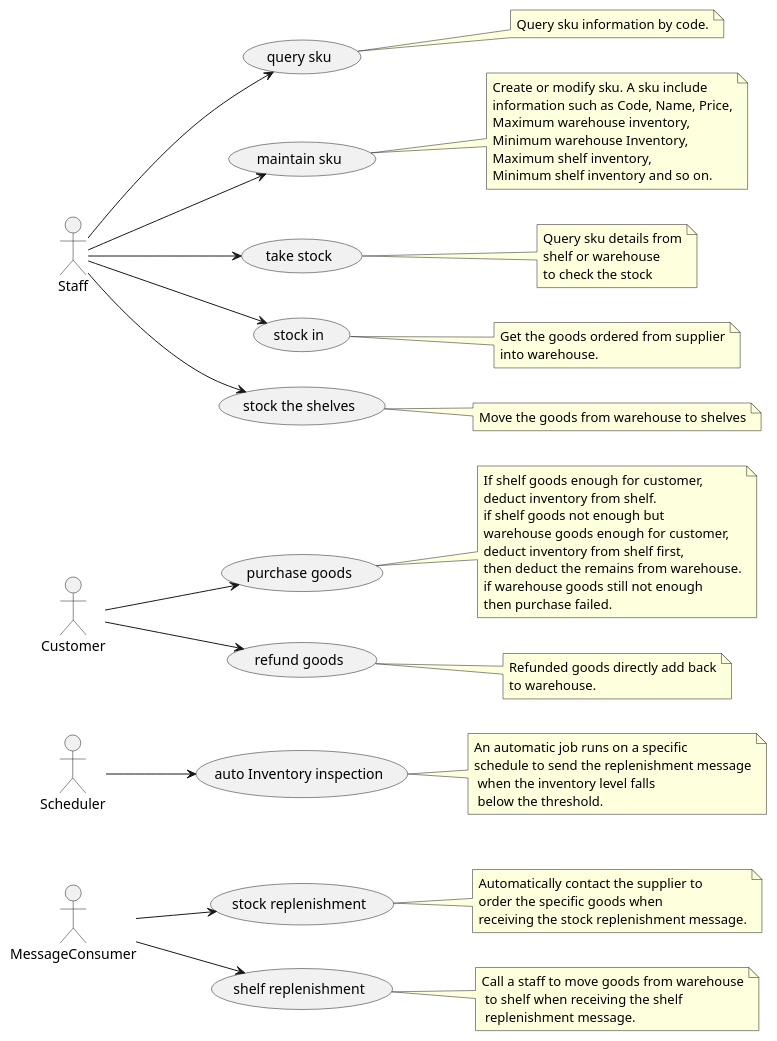
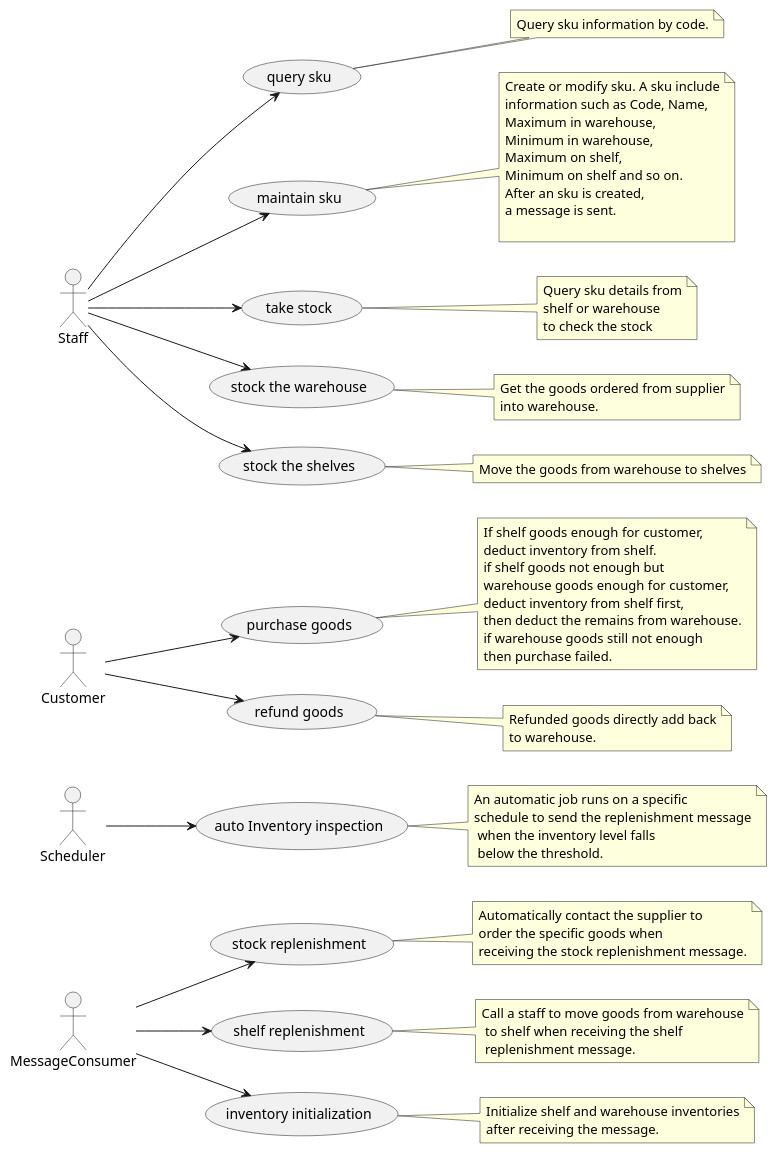
One commit to Jeromefromcn/JavaFinalProject8020 changed the diagram in uml/1. use case.puml. Above: the diagram before and after it, drawn with PlantUML. The commit also changed 47 other files, not shown here.

```diff
--- a/uml/1. use case.puml
+++ b/uml/1. use case.puml
@@ -1,89 +1,98 @@
 @startuml
 left to right direction
 
 actor "MessageConsumer" as mc
 actor "Scheduler" as sch
 actor "Customer" as cus
 actor "Staff" as sta
 
 (query sku) as query
     note right of query
     Query sku information by code.
     end note
 (maintain sku) as maintain
     note right of maintain
     Create or modify sku. A sku include
-    information such as Code, Name, Price,
-    Maximum warehouse inventory,
-    Minimum warehouse Inventory,
-    Maximum shelf inventory,
-    Minimum shelf inventory and so on.
+    information such as Code, Name,
+    Maximum in warehouse,
+    Minimum in warehouse,
+    Maximum on shelf,
+    Minimum on shelf and so on.
+    After an sku is created,
+    a message is sent.
+
     end note
 (take stock) as tast
     note right of tast
     Query sku details from
     shelf or warehouse
     to check the stock
     end note
-(stock in) as si
-    note right of si
+(stock the warehouse) as sw
+    note right of sw
     Get the goods ordered from supplier
     into warehouse.
     end note
 (stock the shelves) as sts
     note right of sts
     Move the goods from warehouse to shelves
     end note
 
 sta --> query
 sta --> maintain
 sta --> tast
-sta --> si
+sta --> sw
 sta --> sts
 
 (purchase goods) as buy
     note right of buy
     If shelf goods enough for customer,
     deduct inventory from shelf.
     if shelf goods not enough but
     warehouse goods enough for customer,
     deduct inventory from shelf first,
     then deduct the remains from warehouse.
     if warehouse goods still not enough
     then purchase failed.
     end note
 (refund goods) as refund
     note right of refund
     Refunded goods directly add back
     to warehouse.
     end note
 
 cus --> buy
 cus --> refund
 
 (auto Inventory inspection) as auin
     note right of auin
     An automatic job runs on a specific
     schedule to send the replenishment message
      when the inventory level falls
      below the threshold.
     end note
 
 sch --> auin
 
 (stock replenishment) as stre
     note right of stre
     Automatically contact the supplier to
     order the specific goods when
     receiving the stock replenishment message.
     end note
 (shelf replenishment) as shre
     note right of shre
     Call a staff to move goods from warehouse
      to shelf when receiving the shelf
      replenishment message.
     end note
+(inventory initialization) as ii
+    note right of ii
+    Initialize shelf and warehouse inventories
+    after receiving the message.
+    end note
 
 mc --> stre
 mc --> shre
+mc --> ii
 @enduml
```
